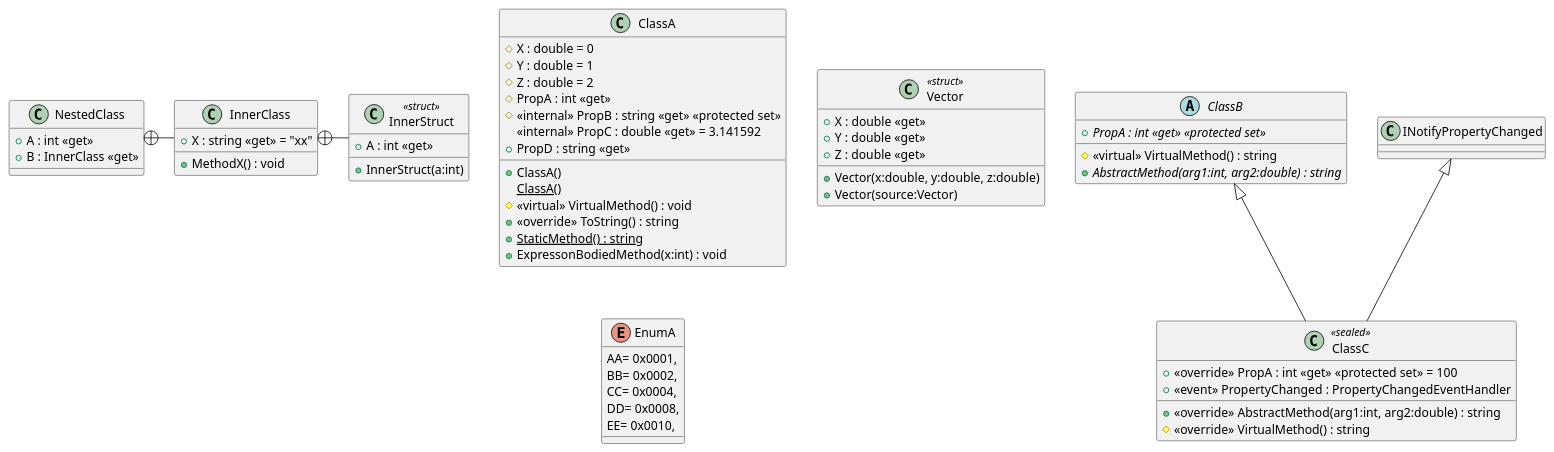
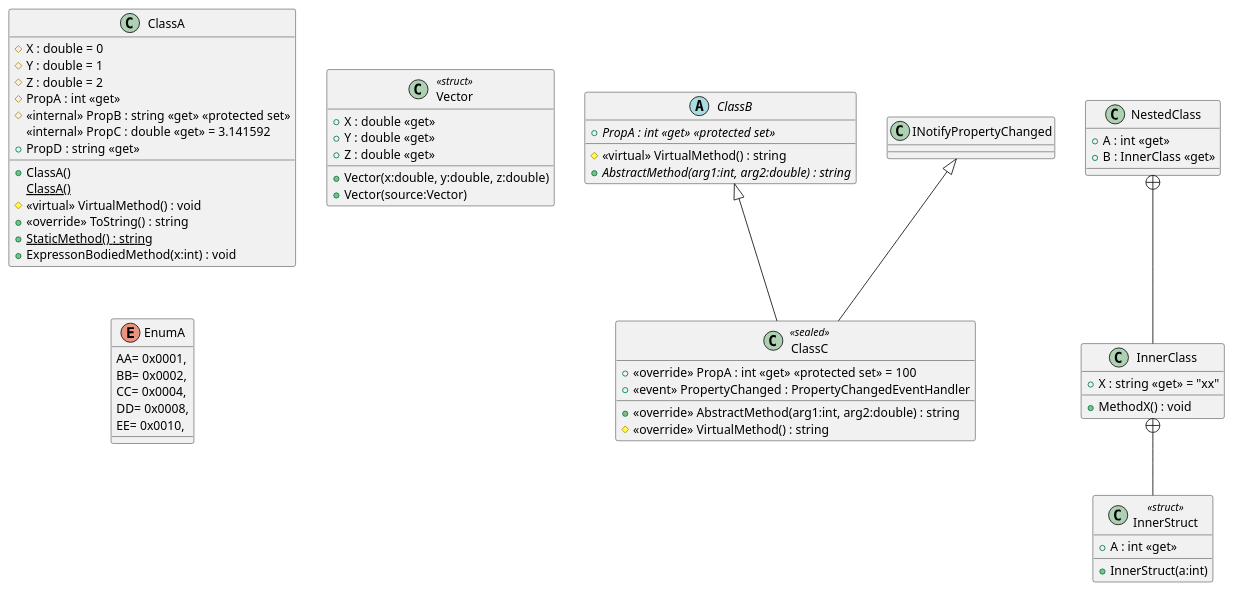
The diagram in PlantUmlClassDiagramGeneratorTest/uml/withoutPrivate.puml (pierre3/PlantUmlClassDiagramGenerator), drawn with PlantUML before and after one commit. The commit also changed 2 other files, not shown here.

Commit message:
Change nested type association from "+-" to "+--"

```diff
--- a/PlantUmlClassDiagramGeneratorTest/uml/withoutPrivate.puml
+++ b/PlantUmlClassDiagramGeneratorTest/uml/withoutPrivate.puml
@@ -1,58 +1,58 @@
 @startuml
 class ClassA {
     # X : double = 0
     # Y : double = 1
     # Z : double = 2
     # PropA : int <<get>>
     # <<internal>> PropB : string <<get>> <<protected set>>
     <<internal>> PropC : double <<get>> = 3.141592
     + PropD : string <<get>>
     + ClassA()
     {static} ClassA()
     # <<virtual>> VirtualMethod() : void
     + <<override>> ToString() : string
     + {static} StaticMethod() : string
     + ExpressonBodiedMethod(x:int) : void
 }
 abstract class ClassB {
     + {abstract} PropA : int <<get>> <<protected set>>
     # <<virtual>> VirtualMethod() : string
     + {abstract} AbstractMethod(arg1:int, arg2:double) : string
 }
 class ClassC <<sealed>> {
     + <<override>> PropA : int <<get>> <<protected set>> = 100
     +  <<event>> PropertyChanged : PropertyChangedEventHandler 
     + <<override>> AbstractMethod(arg1:int, arg2:double) : string
     # <<override>> VirtualMethod() : string
 }
 class Vector <<struct>> {
     + X : double <<get>>
     + Y : double <<get>>
     + Z : double <<get>>
     + Vector(x:double, y:double, z:double)
     + Vector(source:Vector)
 }
 enum EnumA {
     AA= 0x0001,
     BB= 0x0002,
     CC= 0x0004,
     DD= 0x0008,
     EE= 0x0010,
 }
 class NestedClass {
     + A : int <<get>>
     + B : InnerClass <<get>>
 }
 class InnerClass {
     + X : string <<get>> = "xx"
     + MethodX() : void
 }
 class InnerStruct <<struct>> {
     + A : int <<get>>
     + InnerStruct(a:int)
 }
-InnerClass +- InnerStruct
-NestedClass +- InnerClass
+InnerClass +-- InnerStruct
+NestedClass +-- InnerClass
 ClassB <|-- ClassC
 INotifyPropertyChanged <|-- ClassC
 @enduml
```
